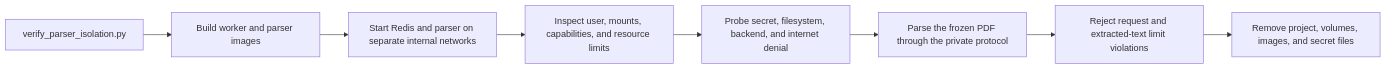
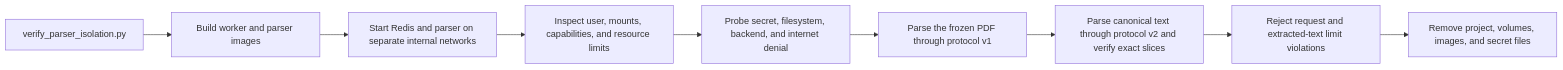
One commit to rnkraus/investment-research changed the seventh of 10 diagrams in backend/scripts/README.md. Above: the diagram before and after it, drawn with Mermaid. The commit also changed other lines of this file and 4 other files, not shown here.

````diff
--- a/backend/scripts/README.md
+++ b/backend/scripts/README.md
@@ -181,10 +181,11 @@
 ```mermaid
 flowchart LR
     COMMAND[verify_parser_isolation.py] --> IMAGES[Build worker and parser images]
     IMAGES --> COMPOSE[Start Redis and parser on separate internal networks]
     COMPOSE --> INSPECT[Inspect user, mounts, capabilities, and resource limits]
     INSPECT --> NEGATIVE[Probe secret, filesystem, backend, and internet denial]
-    NEGATIVE --> VALID[Parse the frozen PDF through the private protocol]
-    VALID --> LIMITS[Reject request and extracted-text limit violations]
+    NEGATIVE --> V1[Parse the frozen PDF through protocol v1]
+    V1 --> V2[Parse canonical text through protocol v2 and verify exact slices]
+    V2 --> LIMITS[Reject request and extracted-text limit violations]
     LIMITS --> CLEANUP[Remove project, volumes, images, and secret files]
 ```
````
